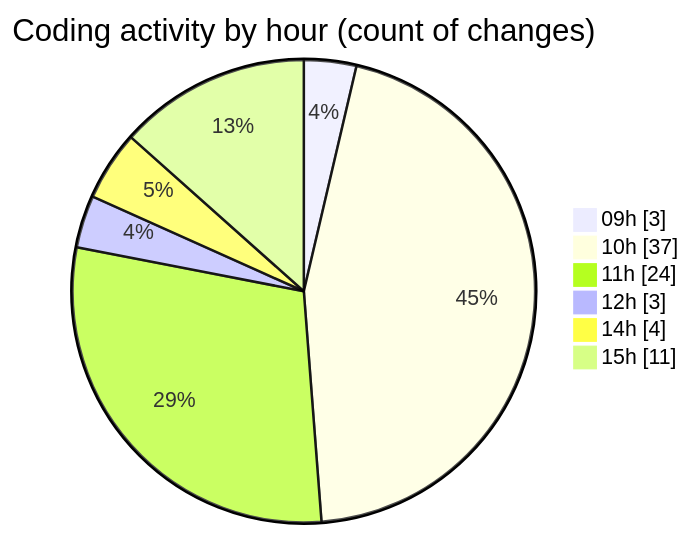
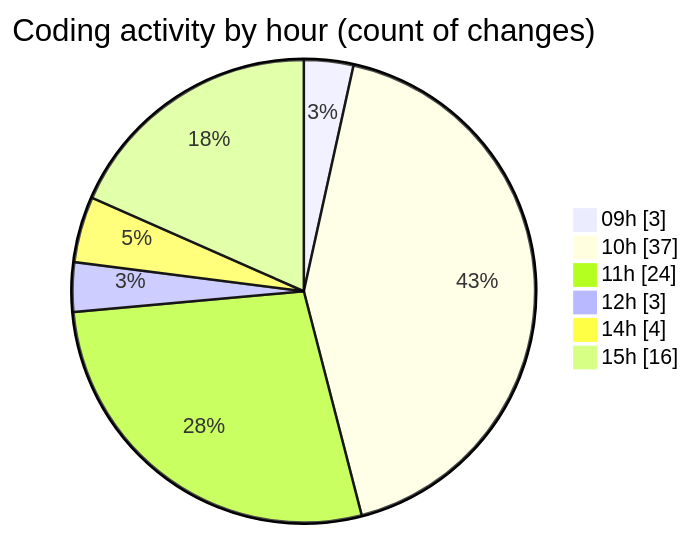
Before and after one commit to CELIANVF/code-tracking: the second of 2 diagrams in 2025-05-02/ecodeli/README.md, drawn with Mermaid. The commit also changed other lines of this file and 1 other file, not shown here.

````diff
--- a/2025-05-02/ecodeli/README.md
+++ b/2025-05-02/ecodeli/README.md
@@ -68,10 +69,10 @@
 ```mermaid
 pie showData
 title Coding activity by hour (count of changes)
 "09h" : 3
 "10h" : 37
 "11h" : 24
 "12h" : 3
 "14h" : 4
-"15h" : 11
+"15h" : 16
 ```
````
